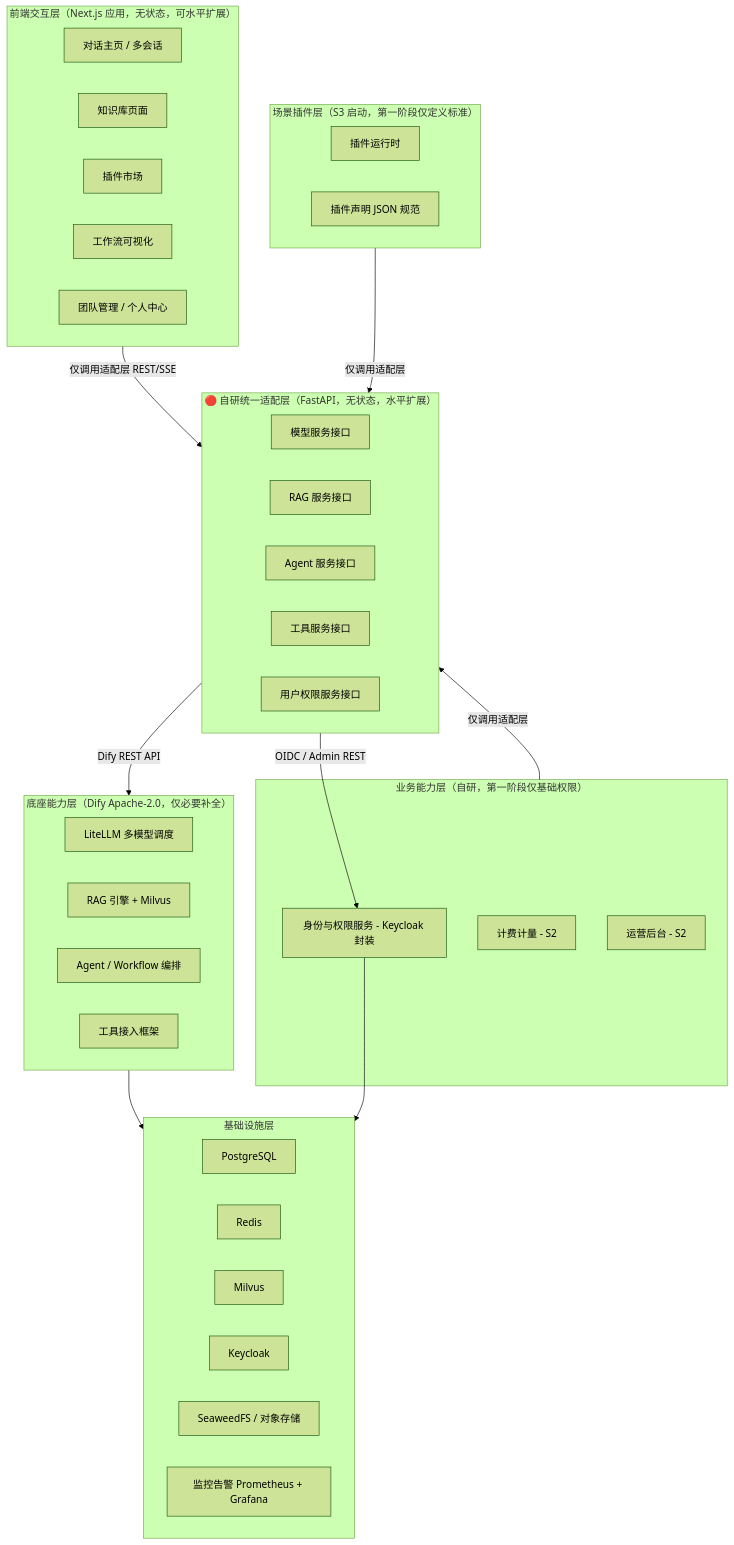
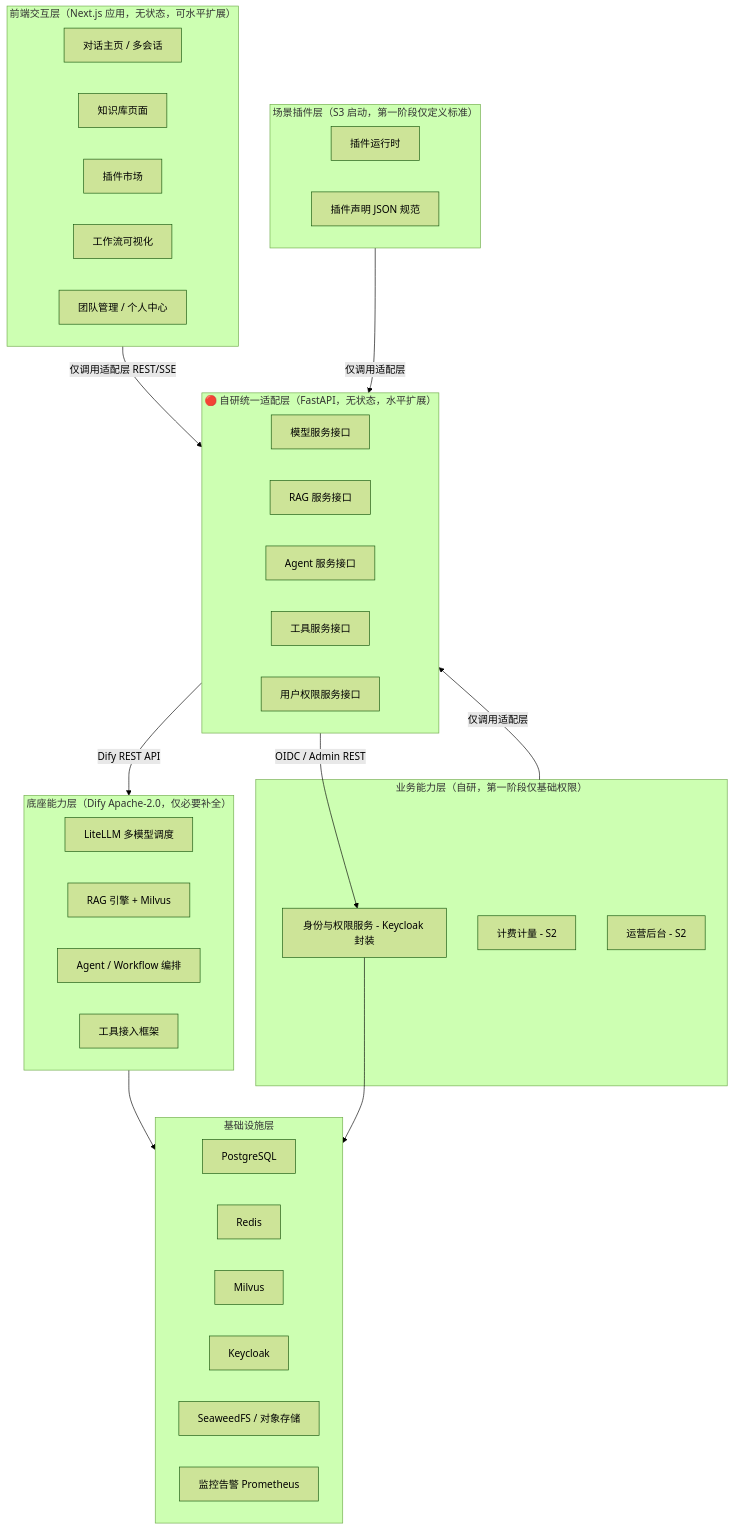
Before and after one commit to kHuner9712/MOY: the first of 8 diagrams in docs/architecture-v1.0.md, drawn with Mermaid (forest theme). The commit also changed other lines of this file and 3 other files, not shown here.

````diff
--- a/docs/architecture-v1.0.md
+++ b/docs/architecture-v1.0.md
@@ -45,47 +45,47 @@
 ```mermaid
 graph TB
     subgraph L1["前端交互层（Next.js 应用，无状态，可水平扩展）"]
         FE1[对话主页 / 多会话]
         FE2[知识库页面]
         FE3[插件市场]
         FE4[工作流可视化]
         FE5[团队管理 / 个人中心]
     end
     subgraph L2["场景插件层（S3 启动，第一阶段仅定义标准）"]
         PL1[插件运行时]
         PL2[插件声明 JSON 规范]
     end
     subgraph L3["业务能力层（自研，第一阶段仅基础权限）"]
         BIZ1[身份与权限服务 - Keycloak 封装]
         BIZ2[计费计量 - S2]
         BIZ3[运营后台 - S2]
     end
     subgraph L4["🔴 自研统一适配层（FastAPI，无状态，水平扩展）"]
         AD1[模型服务接口]
         AD2[RAG 服务接口]
         AD3[Agent 服务接口]
         AD4[工具服务接口]
         AD5[用户权限服务接口]
     end
     subgraph L5["底座能力层（Dify Apache-2.0，仅必要补全）"]
         DF1[LiteLLM 多模型调度]
         DF2[RAG 引擎 + Milvus]
         DF3[Agent / Workflow 编排]
         DF4[工具接入框架]
     end
     subgraph L6["基础设施层"]
         INF1[PostgreSQL]
         INF2[Redis]
         INF3[Milvus]
         INF4[Keycloak]
         INF5[SeaweedFS / 对象存储]
-        INF6[监控告警 Prometheus + Grafana]
+        INF6[监控告警 Prometheus]
     end
     L1 -->|仅调用适配层 REST/SSE| L4
     L2 -->|仅调用适配层| L4
     L3 -->|仅调用适配层| L4
     L4 -->|Dify REST API| L5
     L4 -->|OIDC / Admin REST| BIZ1
     L5 --> L6
     BIZ1 --> L6
 ```
````
